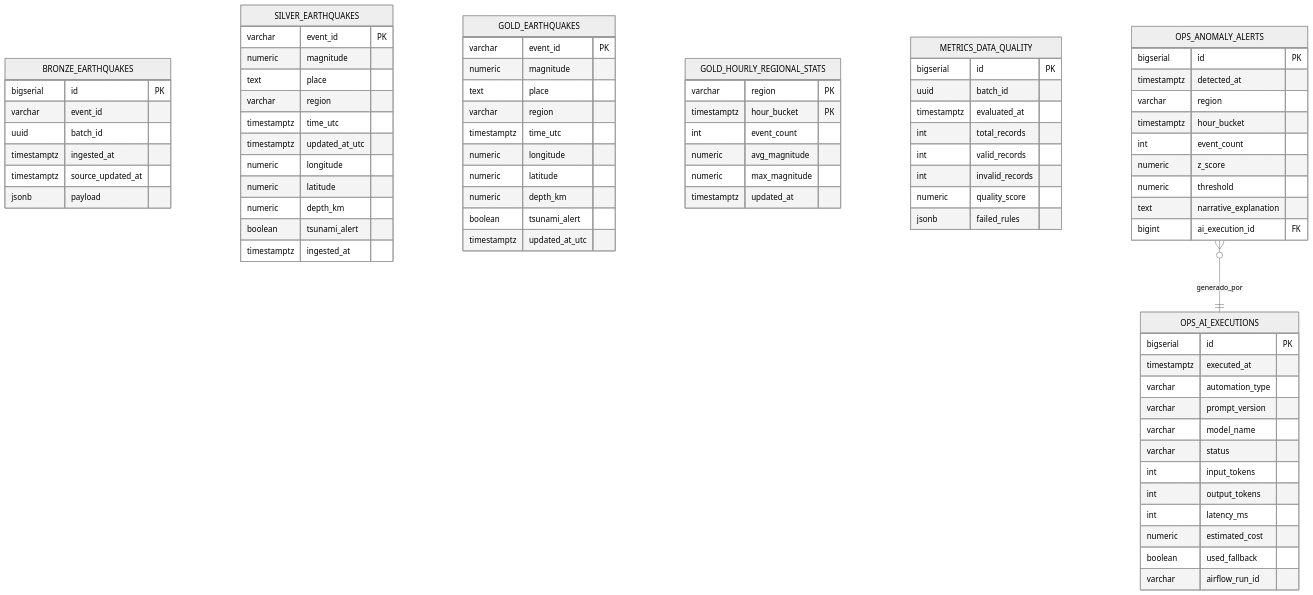
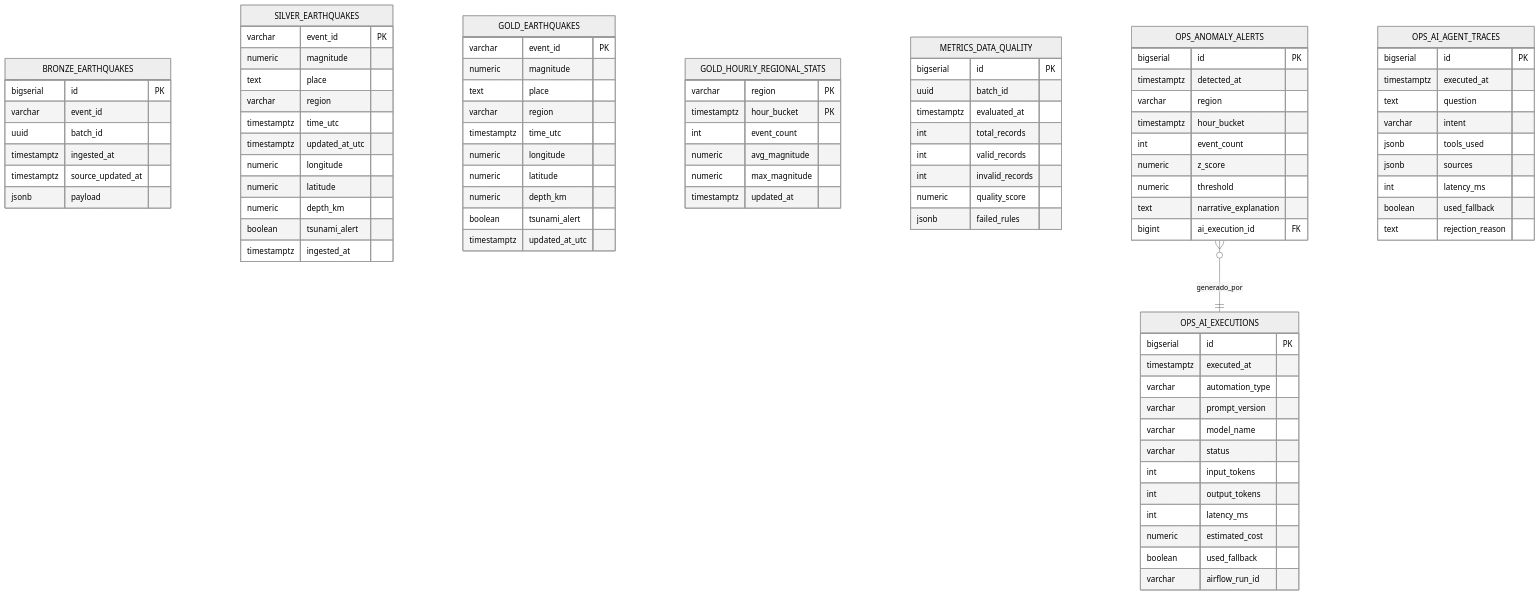
Before and after one commit to dilandcv/prueba_final: the diagram in docs/MODELO_DATOS.md, drawn with Mermaid (neutral theme). The commit also changed other lines of this file and 3 other files, not shown here.

Commit message:
docs: update README, architecture, data model, and governance docs with AI agent, RAG, and observability

````diff
--- a/docs/MODELO_DATOS.md
+++ b/docs/MODELO_DATOS.md
@@ -101,5 +101,17 @@
         varchar airflow_run_id
     }
 
+    OPS_AI_AGENT_TRACES {
+        bigserial id PK
+        timestamptz executed_at
+        text question
+        varchar intent
+        jsonb tools_used
+        jsonb sources
+        int latency_ms
+        boolean used_fallback
+        text rejection_reason
+    }
+
     OPS_ANOMALY_ALERTS }o--|| OPS_AI_EXECUTIONS : "generado_por"
 ```
````
